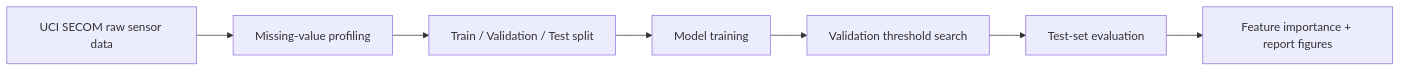
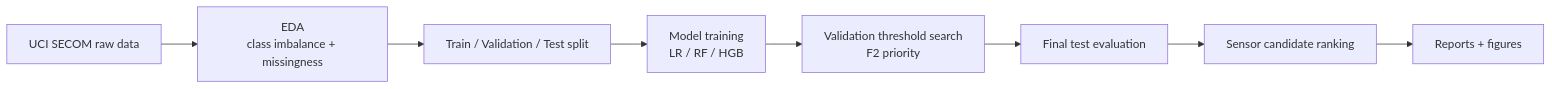
One commit to JuHyeon-Nam/semiconductor-process-fault-detection changed the diagram in README.md. Above: the diagram before and after it, drawn with Mermaid. The commit also changed other lines of this file and 2 other files, not shown here.

````diff
--- a/README.md
+++ b/README.md
@@ -61,9 +96,10 @@
 ```mermaid
 flowchart LR
-    A["UCI SECOM raw sensor data"] --> B["Missing-value profiling"]
+    A["UCI SECOM raw data"] --> B["EDA<br/>class imbalance + missingness"]
     B --> C["Train / Validation / Test split"]
-    C --> D["Model training"]
-    D --> E["Validation threshold search"]
-    E --> F["Test-set evaluation"]
-    F --> G["Feature importance + report figures"]
+    C --> D["Model training<br/>LR / RF / HGB"]
+    D --> E["Validation threshold search<br/>F2 priority"]
+    E --> F["Final test evaluation"]
+    F --> G["Sensor candidate ranking"]
+    G --> H["Reports + figures"]
 ```
````
